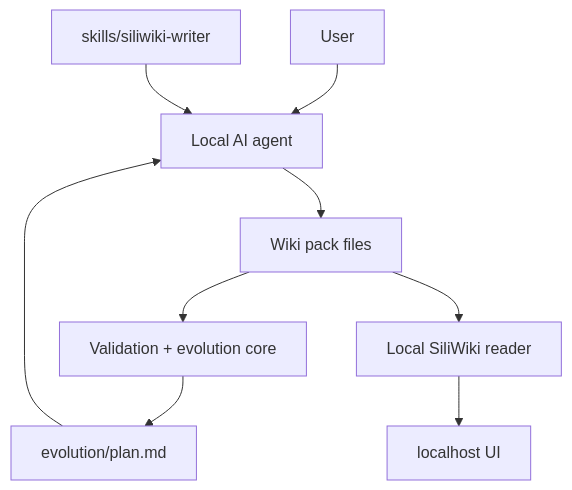
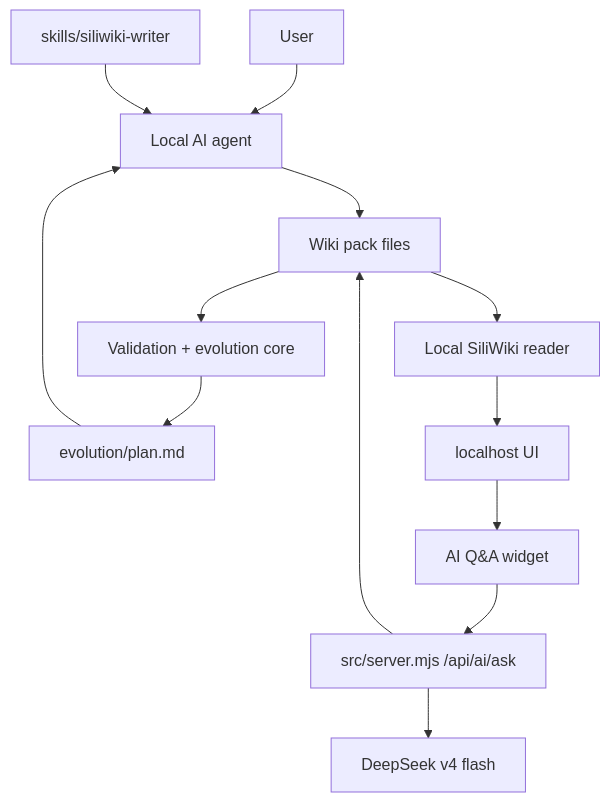
One commit to Yvnminc/SiliWiki changed the first of 3 diagrams in docs/ARCHITECTURE.md. Above: the diagram before and after it, drawn with Mermaid. The commit also changed other lines of this file and 8 other files, not shown here.

Commit message:
feat: add DeepSeek wiki Q&A assistant

````diff
--- a/docs/ARCHITECTURE.md
+++ b/docs/ARCHITECTURE.md
@@ -11,11 +11,15 @@
 ```mermaid
 flowchart TD
     U[User] --> A[Local AI agent]
     S[skills/siliwiki-writer] --> A
     A --> W[Wiki pack files]
     W --> V[Validation + evolution core]
     V --> P[evolution/plan.md]
     P --> A
     W --> R[Local SiliWiki reader]
     R --> L[localhost UI]
+    L --> Q[AI Q&A widget]
+    Q --> API[src/server.mjs /api/ai/ask]
+    API --> W
+    API --> D[DeepSeek v4 flash]
 ```
````
